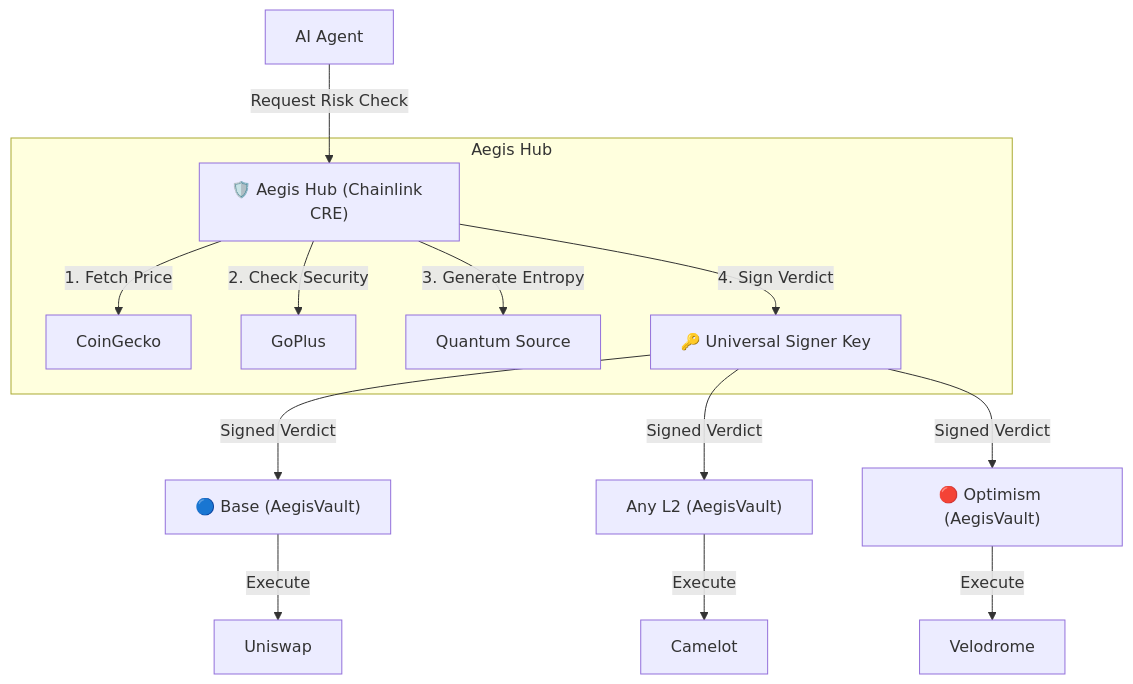
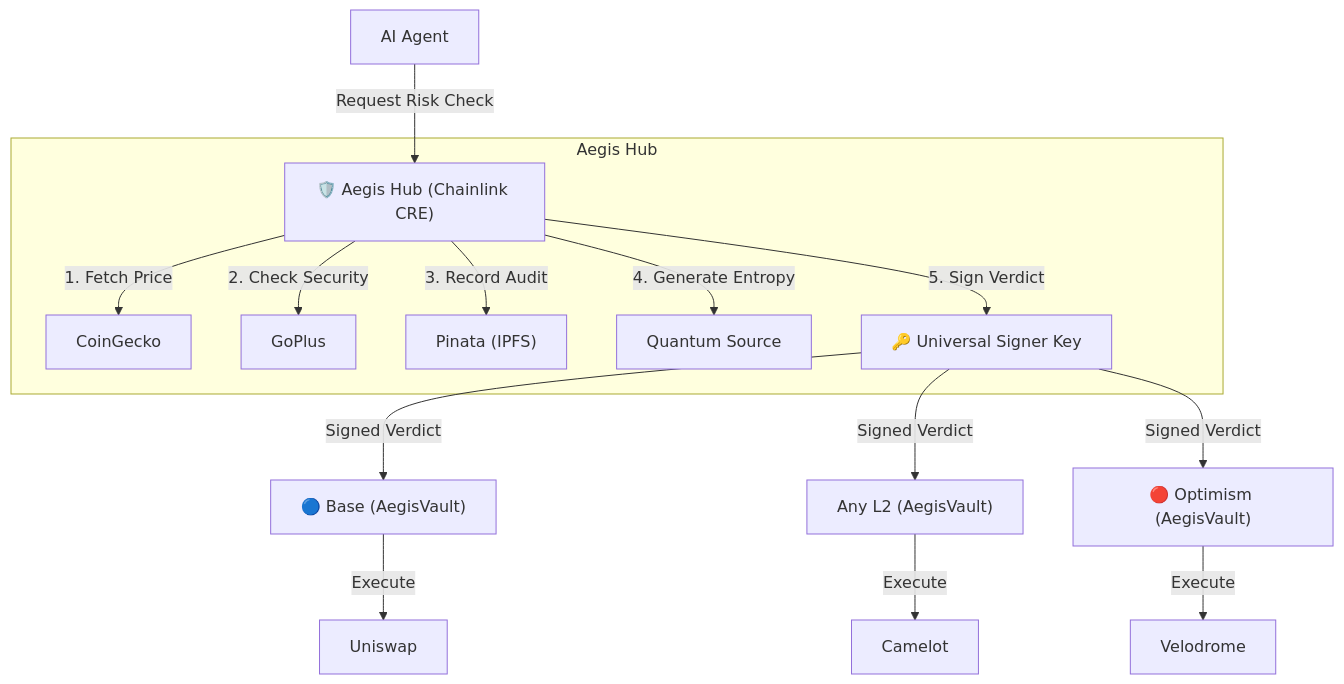
The second of 2 diagrams in README.md (vjb/aegis-risk-orace), drawn with Mermaid before and after one commit. The commit also changed other lines of this file, not shown here.

Commit message:
Update README.md with Aegis v2.0 Quad-Lock architecture and Pinata diagrams

````diff
--- a/README.md
+++ b/README.md
@@ -296,19 +299,20 @@
 ```mermaid
 graph TD
     User["AI Agent"] -->|Request Risk Check| Hub["🛡️ Aegis Hub (Chainlink CRE)"]
     
     subgraph "Aegis Hub"
     Hub -->|1. Fetch Price| CG["CoinGecko"]
     Hub -->|2. Check Security| GP["GoPlus"]
-    Hub -->|3. Generate Entropy| QRNG["Quantum Source"]
-    Hub -->|4. Sign Verdict| Signer["🔑 Universal Signer Key"]
+    Hub -->|3. Record Audit| PIN["Pinata (IPFS)"]
+    Hub -->|4. Generate Entropy| QRNG["Quantum Source"]
+    Hub -->|5. Sign Verdict| Signer["🔑 Universal Signer Key"]
     end
     
     Signer -->|Signed Verdict| Base["🔵 Base (AegisVault)"]
     Signer -->|Signed Verdict| Arb["Any L2 (AegisVault)"]
     Signer -->|Signed Verdict| Opt["🔴 Optimism (AegisVault)"]
     
     Base -->|Execute| Uniswap
     Arb -->|Execute| Camelot
     Opt -->|Execute| Velodrome
 ```
````
